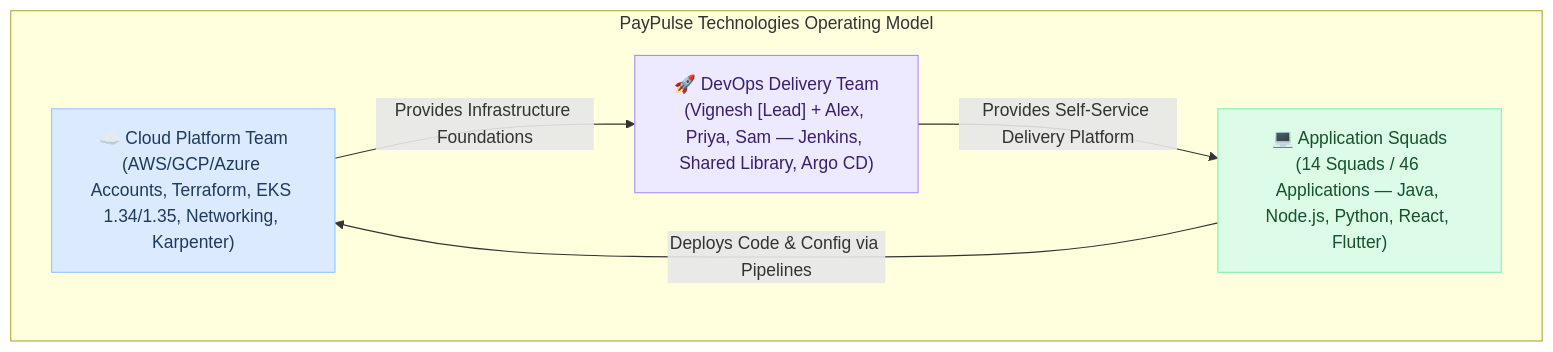
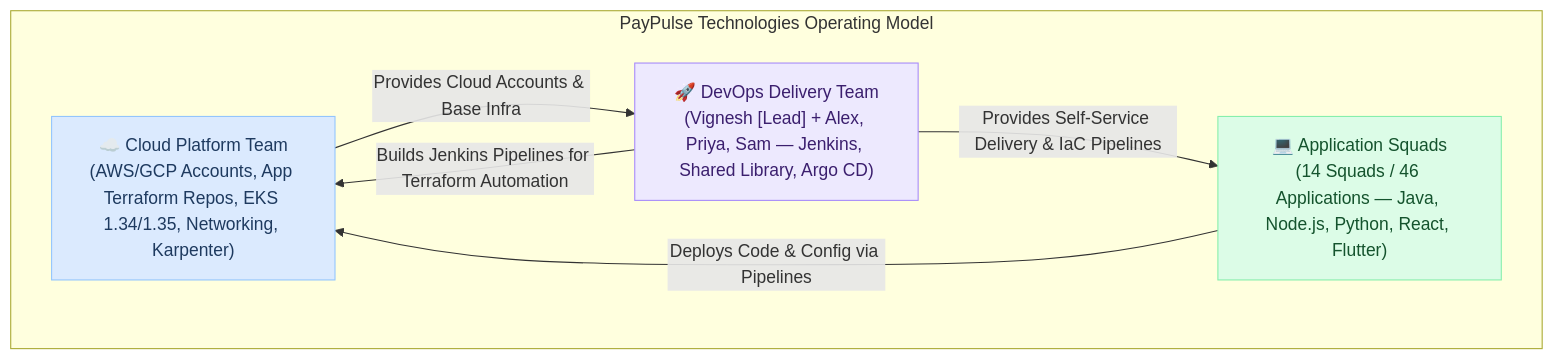
One commit to devopspilot1/devopspilot1.github.io changed the first of 3 diagrams in docs/devops-responsibilities/paypulse-technologies/index.md. Above: the diagram before and after it, drawn with Mermaid. The commit also changed other lines of this file and 1 other file, not shown here.

Commit message:
docs: update DevOps responsibilities and case study with multi-account cloud isolation and central terraform repo

````diff
--- a/docs/devops-responsibilities/paypulse-technologies/index.md
+++ b/docs/devops-responsibilities/paypulse-technologies/index.md
@@ -41,17 +61,18 @@
 ```mermaid
 graph TD
     classDef client   fill:#dbeafe,stroke:#93c5fd,color:#1e3a5f
     classDef gateway  fill:#ede9fe,stroke:#a78bfa,color:#3b1f6e
     classDef service  fill:#dcfce7,stroke:#86efac,color:#14532d
     classDef storage  fill:#fce7f3,stroke:#f9a8d4,color:#831843
 
     subgraph Org["PayPulse Technologies Operating Model"]
-        CP["☁️ Cloud Platform Team<br/>(AWS/GCP/Azure Accounts, Terraform, EKS 1.34/1.35, Networking, Karpenter)"]:::client
+        CP["☁️ Cloud Platform Team<br/>(AWS/GCP Accounts, App Terraform Repos, EKS 1.34/1.35, Networking, Karpenter)"]:::client
         DD["🚀 DevOps Delivery Team<br/>(Vignesh [Lead] + Alex, Priya, Sam — Jenkins, Shared Library, Argo CD)"]:::gateway
         AS["💻 Application Squads<br/>(14 Squads / 46 Applications — Java, Node.js, Python, React, Flutter)"]:::service
     end
 
-    CP -->|"Provides Infrastructure Foundations"| DD
-    DD -->|"Provides Self-Service Delivery Platform"| AS
+    CP -->|"Provides Cloud Accounts & Base Infra"| DD
+    DD -->|"Provides Self-Service Delivery & IaC Pipelines"| AS
+    DD -->|"Builds Jenkins Pipelines for Terraform Automation"| CP
     AS -->|"Deploys Code & Config via Pipelines"| CP
 ```
````
